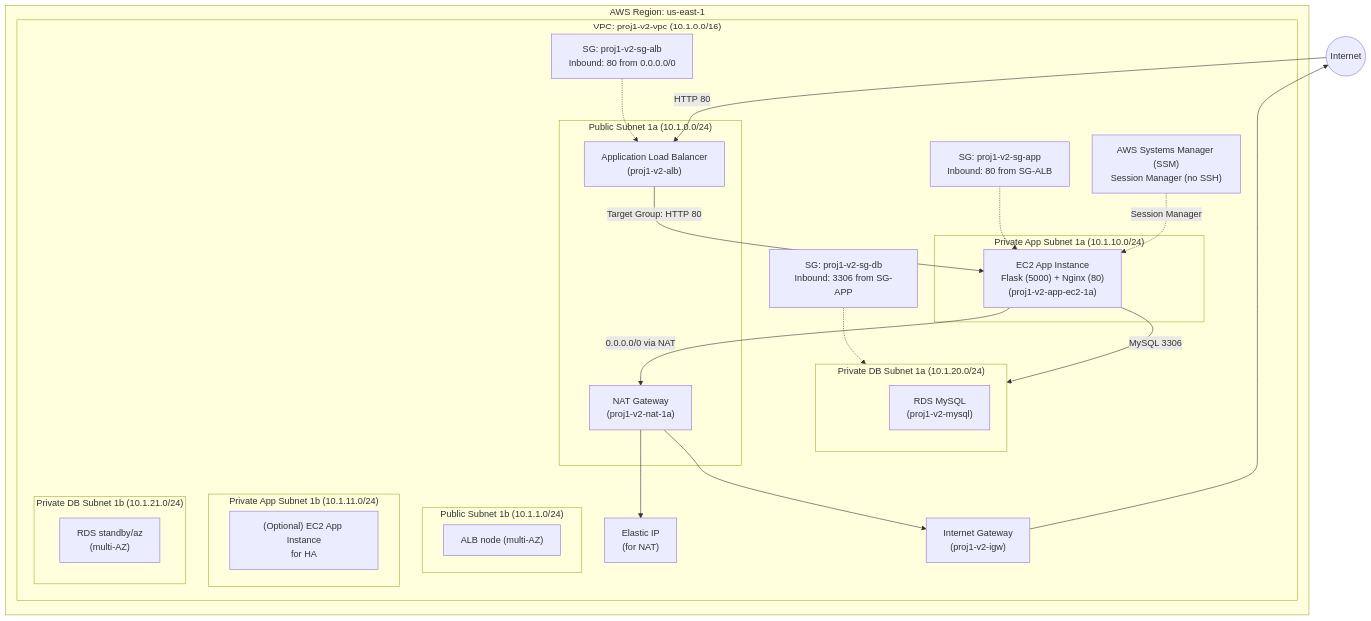
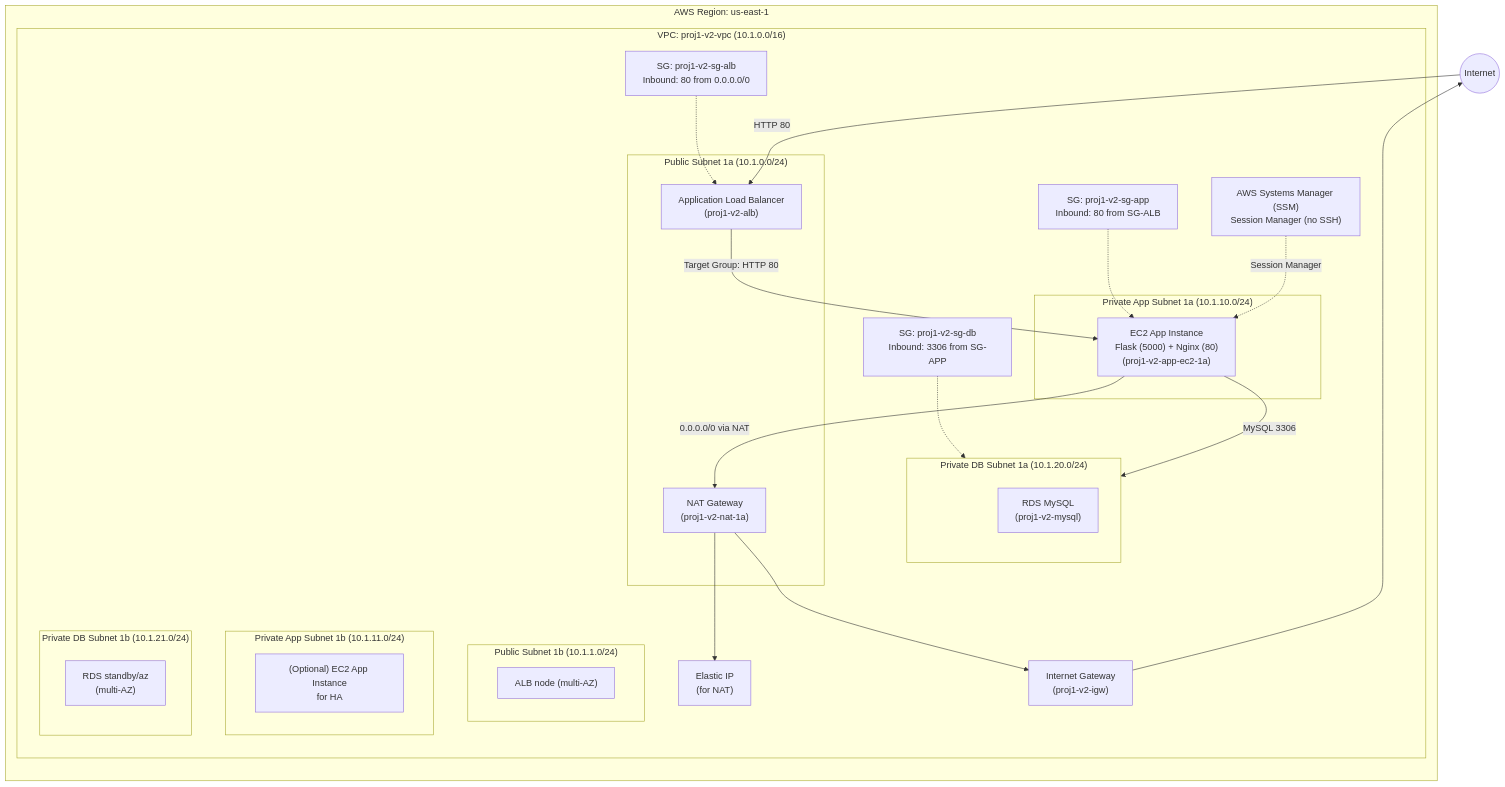
One commit to samsyl916/aws-3tier-vpc-ec2-rds-mysql changed the diagram in docs/diagram/architecture.mmd. Above: the diagram before and after it, drawn with Mermaid.

```diff
--- a/docs/diagram/architecture.mmd
+++ b/docs/diagram/architecture.mmd
@@ -1,80 +1,80 @@
-%%{init: {"flowchart": {"nodeSpacing": 40, "rankSpacing": 50}}}%%
+%%{init: {"flowchart": {"nodeSpacing": 60, "rankSpacing": 80}}}%%
 flowchart TB
 
 classDef spacer fill:transparent,stroke:transparent,color:transparent;
   %% =========================
   %% AWS 3-Tier (ALB -> EC2 -> RDS) + SSM
   %% Region: us-east-1
   %% =========================
 
   Internet((Internet))
 
   subgraph AWS["AWS Region: us-east-1"]
     subgraph VPC["VPC: proj1-v2-vpc (10.1.0.0/16)"]
 
       %% ---------- Public Tier ----------
       subgraph PublicAZA["Public Subnet 1a (10.1.0.0/24)"]
         ALB["Application Load Balancer\n(proj1-v2-alb)"]
         NAT["NAT Gateway\n(proj1-v2-nat-1a)"]
       end
 
       subgraph PublicAZB["Public Subnet 1b (10.1.1.0/24)"]
         ALB2["ALB node (multi-AZ)"]
       end
 
       IGW["Internet Gateway\n(proj1-v2-igw)"]
       EIP["Elastic IP\n(for NAT)"]
 
       %% ---------- App Tier ----------
       subgraph AppAZA["Private App Subnet 1a (10.1.10.0/24)"]
         EC2A["EC2 App Instance\nFlask (5000) + Nginx (80)\n(proj1-v2-app-ec2-1a)"]
       end
 
       subgraph AppAZB["Private App Subnet 1b (10.1.11.0/24)"]
         EC2B["(Optional) EC2 App Instance\nfor HA"]
       end
 
       %% ---------- DB Tier ----------
       subgraph DBAZA["Private DB Subnet 1a (10.1.20.0/24)"]
         direction TB
         dbspacer1[" "]:::spacer
         RDSA["RDS MySQL\n(proj1-v2-mysql)"]
       end
 
       subgraph DBAZB["Private DB Subnet 1b (10.1.21.0/24)"]
         direction TB
         dbspacer1[" "]:::spacer
         RDSB["RDS standby/az\n(multi-AZ)"]
       end
 
       %% ---------- Security Groups ----------
       SGALB["SG: proj1-v2-sg-alb\nInbound: 80 from 0.0.0.0/0"]
       SGAPP["SG: proj1-v2-sg-app\nInbound: 80 from SG-ALB"]
       SGDB["SG: proj1-v2-sg-db\nInbound: 3306 from SG-APP"]
 
       %% ---------- SSM ----------
       SSM["AWS Systems Manager (SSM)\nSession Manager (no SSH)"]
 
     end
   end
 
   %% =========================
   %% Flows
   %% =========================
   Internet -->|HTTP 80| ALB
   ALB -->|Target Group: HTTP 80| EC2A
   EC2A -->|MySQL 3306| RDSA
 
   %% NAT / egress
   EC2A -->|0.0.0.0/0 via NAT| NAT
   NAT --> EIP
   NAT --> IGW
   IGW --> Internet
 
   %% SSM access (control plane)
   SSM -.->|Session Manager| EC2A
 
   %% Security group associations (logical)
   SGALB -.-> ALB
   SGAPP -.-> EC2A
   SGDB  -.-> RDSA
```
